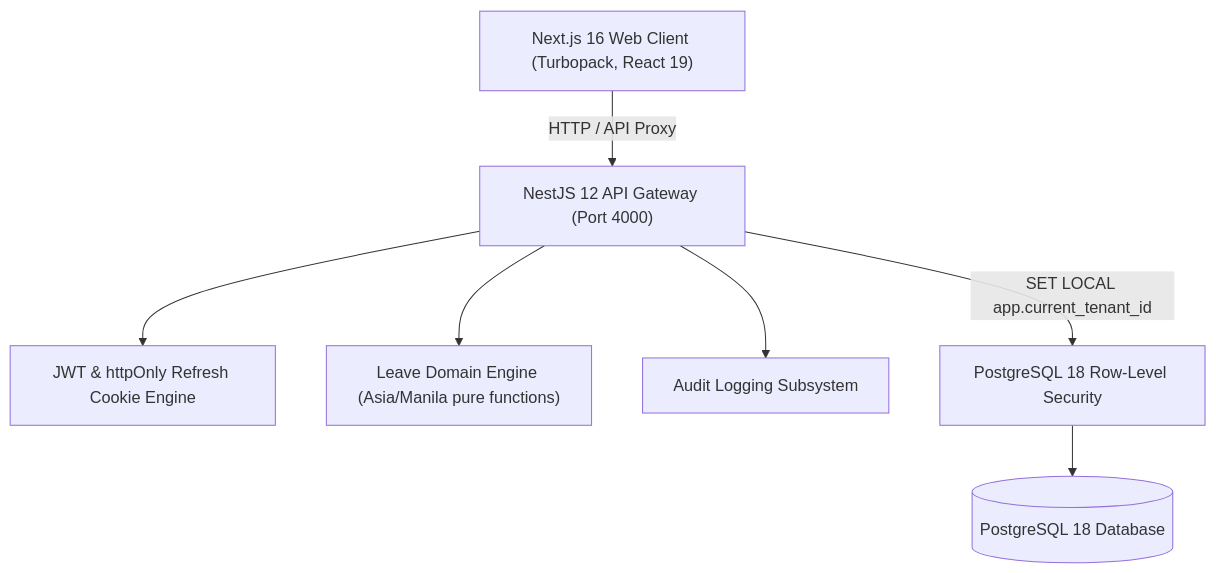
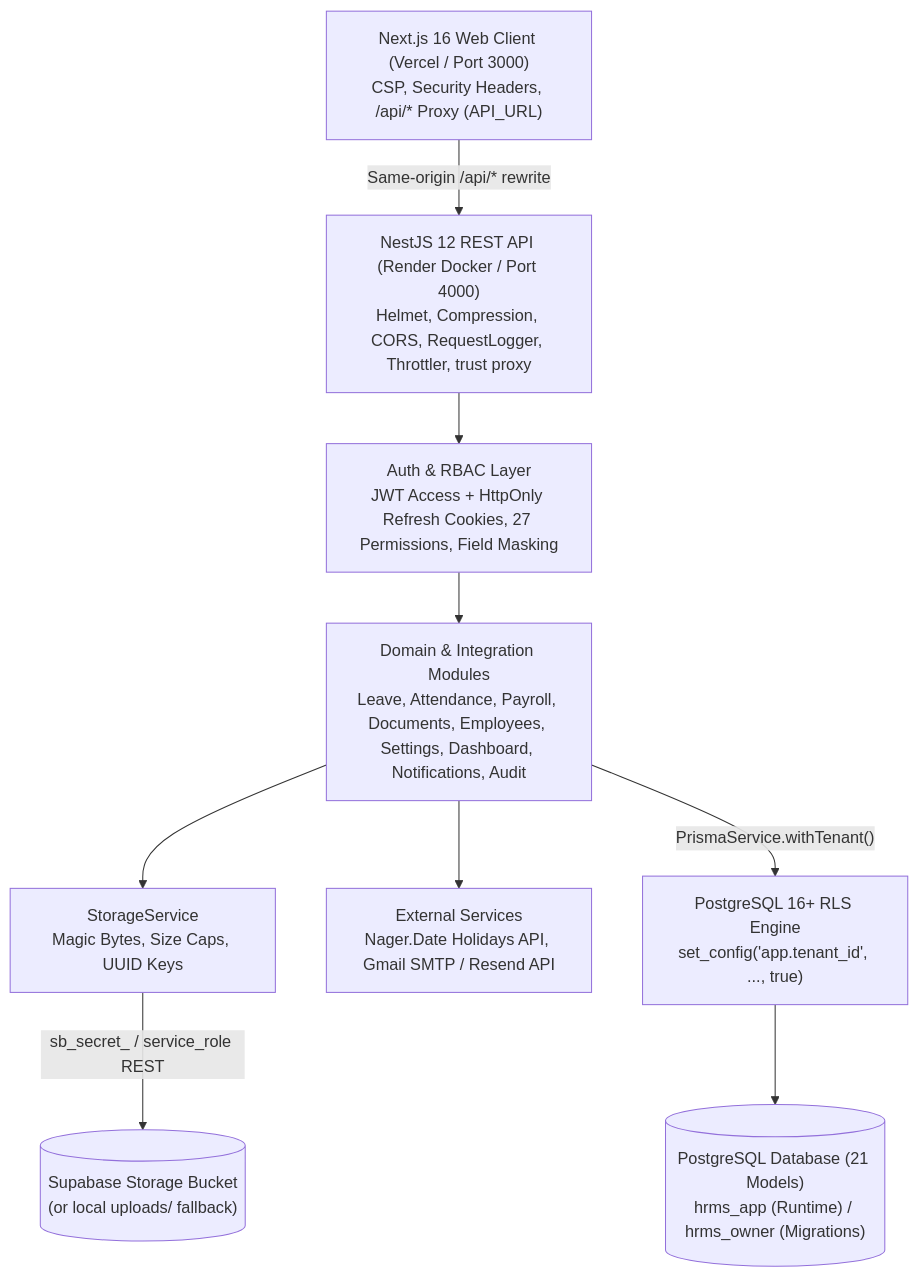
The diagram in ARCHITECTURE.md (Warren-Developer-Git/Azir-HRIS), drawn with Mermaid before and after one commit. The commit also changed other lines of this file and 140 other files, not shown here.

Commit message:
feat: add payroll, attendance, external APIs, cloud storage, security hardening, CI/CD, and docs

````diff
--- a/ARCHITECTURE.md
+++ b/ARCHITECTURE.md
@@ -9,17 +9,21 @@
 ```mermaid
 graph TD
-    Client["Next.js 16 Web Client (Turbopack, React 19)"]
-    API["NestJS 12 API Gateway (Port 4000)"]
-    Auth["JWT & httpOnly Refresh Cookie Engine"]
-    Rules["Leave Domain Engine (Asia/Manila pure functions)"]
-    Audit["Audit Logging Subsystem"]
-    RLS["PostgreSQL 18 Row-Level Security"]
-    DB[("PostgreSQL 18 Database")]
+    Client["Next.js 16 Web Client (Vercel / Port 3000)\nCSP, Security Headers, /api/* Proxy (API_URL)"]
+    API["NestJS 12 REST API (Render Docker / Port 4000)\nHelmet, Compression, CORS, RequestLogger, Throttler, trust proxy"]
+    Auth["Auth & RBAC Layer\nJWT Access + HttpOnly Refresh Cookies, 27 Permissions, Field Masking"]
+    Modules["Domain & Integration Modules\nLeave, Attendance, Payroll, Documents, Employees, Settings, Dashboard, Notifications, Audit"]
+    Storage["StorageService\nMagic Bytes, Size Caps, UUID Keys"]
+    External["External Services\nNager.Date Holidays API, Gmail SMTP / Resend API"]
+    RLS["PostgreSQL 16+ RLS Engine\nset_config('app.tenant_id', ..., true)"]
+    DB[("PostgreSQL Database (21 Models)\nhrms_app (Runtime) / hrms_owner (Migrations)")]
+    Bucket[("Supabase Storage Bucket\n(or local uploads/ fallback)")]
 
-    Client -->|HTTP / API Proxy| API
+    Client -->|"Same-origin /api/* rewrite"| API
     API --> Auth
-    API --> Rules
-    API --> Audit
-    API -->|SET LOCAL app.current_tenant_id| RLS
+    Auth --> Modules
+    Modules --> Storage
+    Modules --> External
+    Modules -->|"PrismaService.withTenant()"| RLS
     RLS --> DB
+    Storage -->|"sb_secret_ / service_role REST"| Bucket
 ```
````
